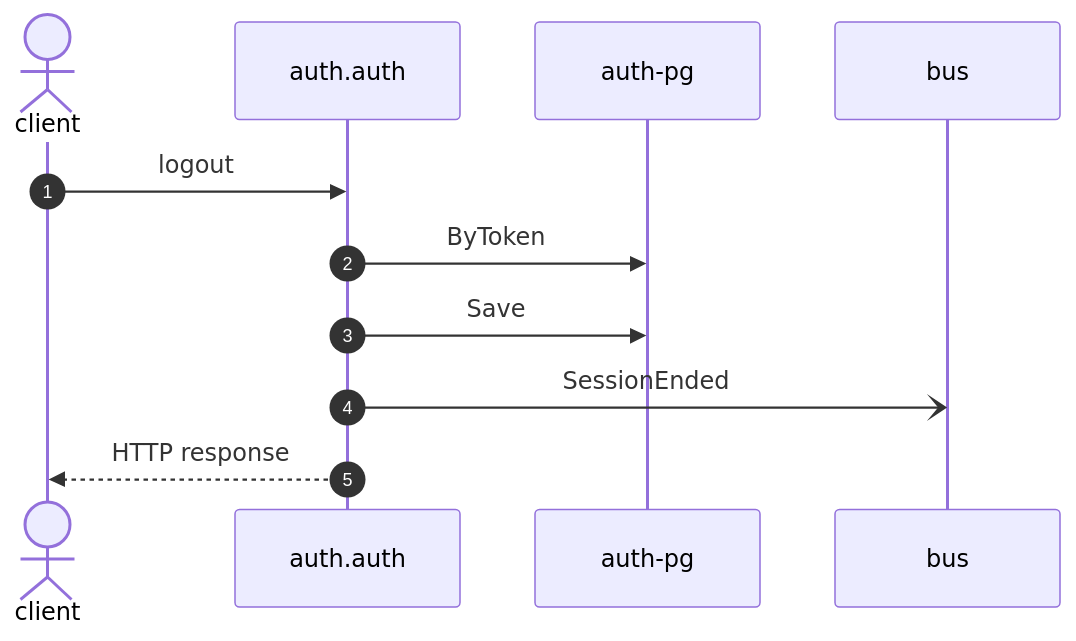
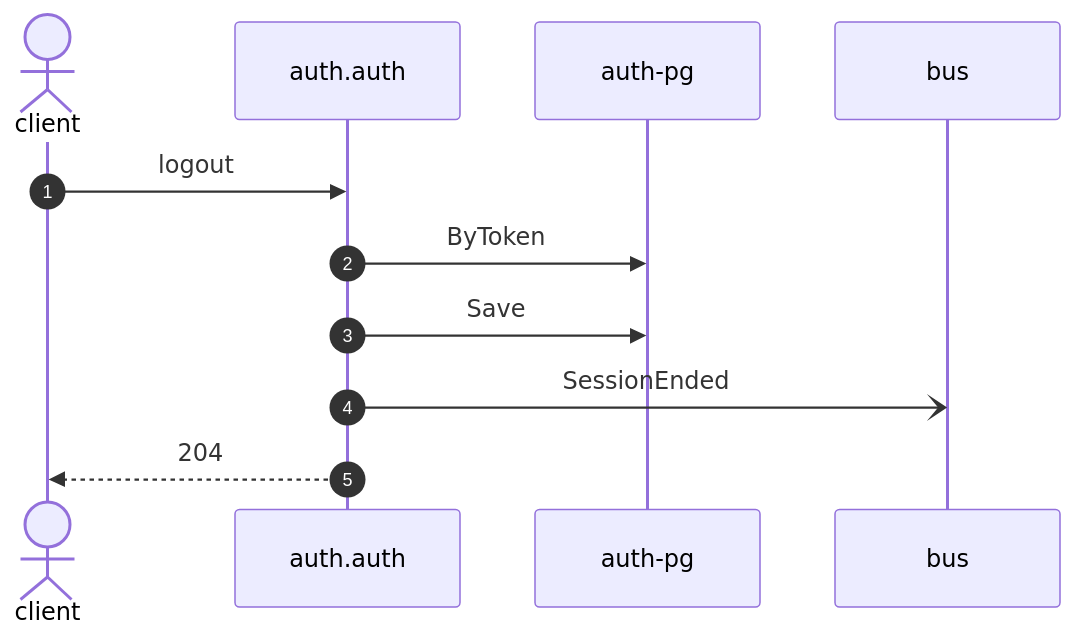
The diagram in exports/mermaid/example/auth-logout.mmd (shortlink-org/portolan), drawn with Mermaid before and after one commit. The commit also changed 82 other files, not shown here.

```diff
--- a/exports/mermaid/example/auth-logout.mmd
+++ b/exports/mermaid/example/auth-logout.mmd
@@ -1,11 +1,11 @@
 sequenceDiagram
     autonumber
     actor p0 as client
     participant p1 as auth.auth
     participant p2 as auth-pg
     participant p3 as bus
     p0->>p1: logout
     p1->>p2: ByToken
     p1->>p2: Save
     p1-)p3: SessionEnded
-    p1-->>p0: HTTP response
+    p1-->>p0: 204
```
